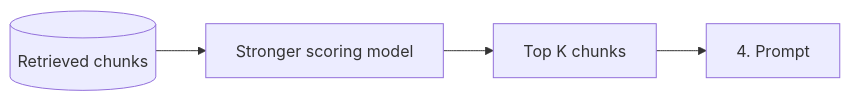
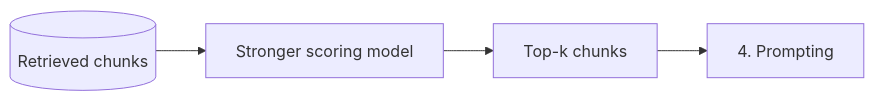
One commit to w4bo/AA2627-unibo-dcai changed diagram 11 of 24 in slides/02-rag.qmd. Above: the diagram before and after it, drawn with Mermaid. The commit also changed other lines of this file, not shown here.

````diff
--- a/slides/02-rag.qmd
+++ b/slides/02-rag.qmd
@@ -457,7 +548,7 @@
 ```{mermaid}
 %%| echo: false
 flowchart LR
   A[(Retrieved chunks)] --> B[Stronger scoring model]
-  B --> C[Top K chunks]
-  C --> D[4. Prompt]
+  B --> C[Top-k chunks]
+  C --> D[4. Prompting]
 ```
````
